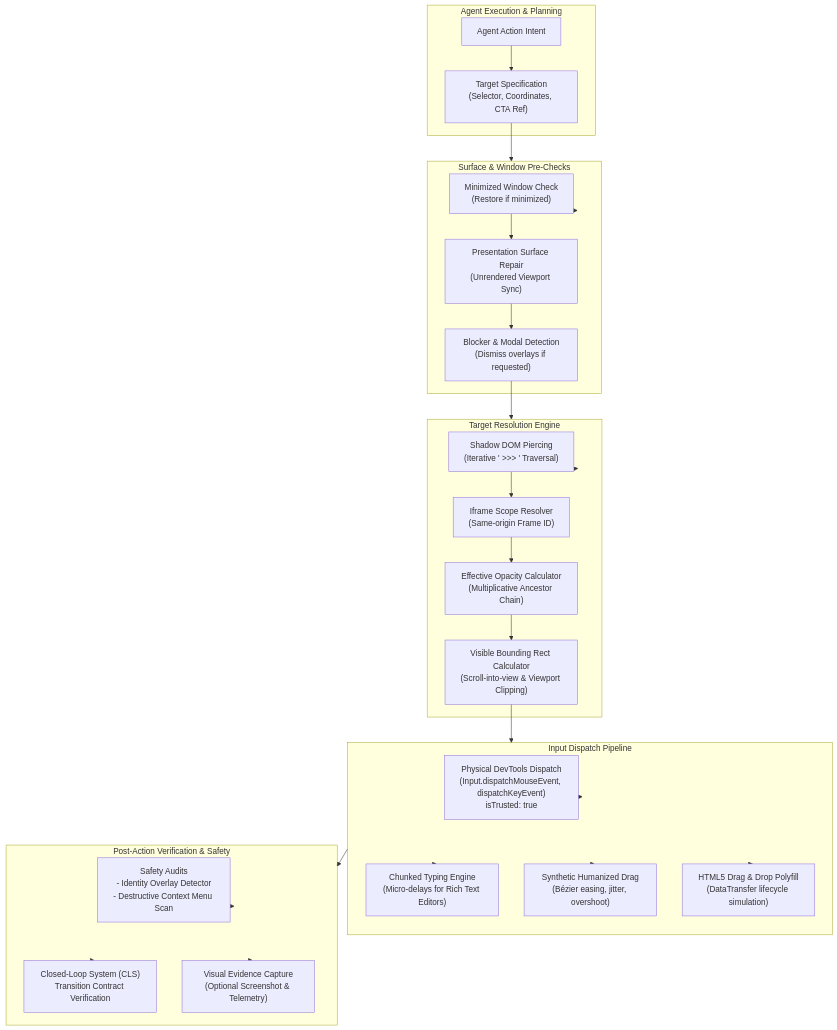
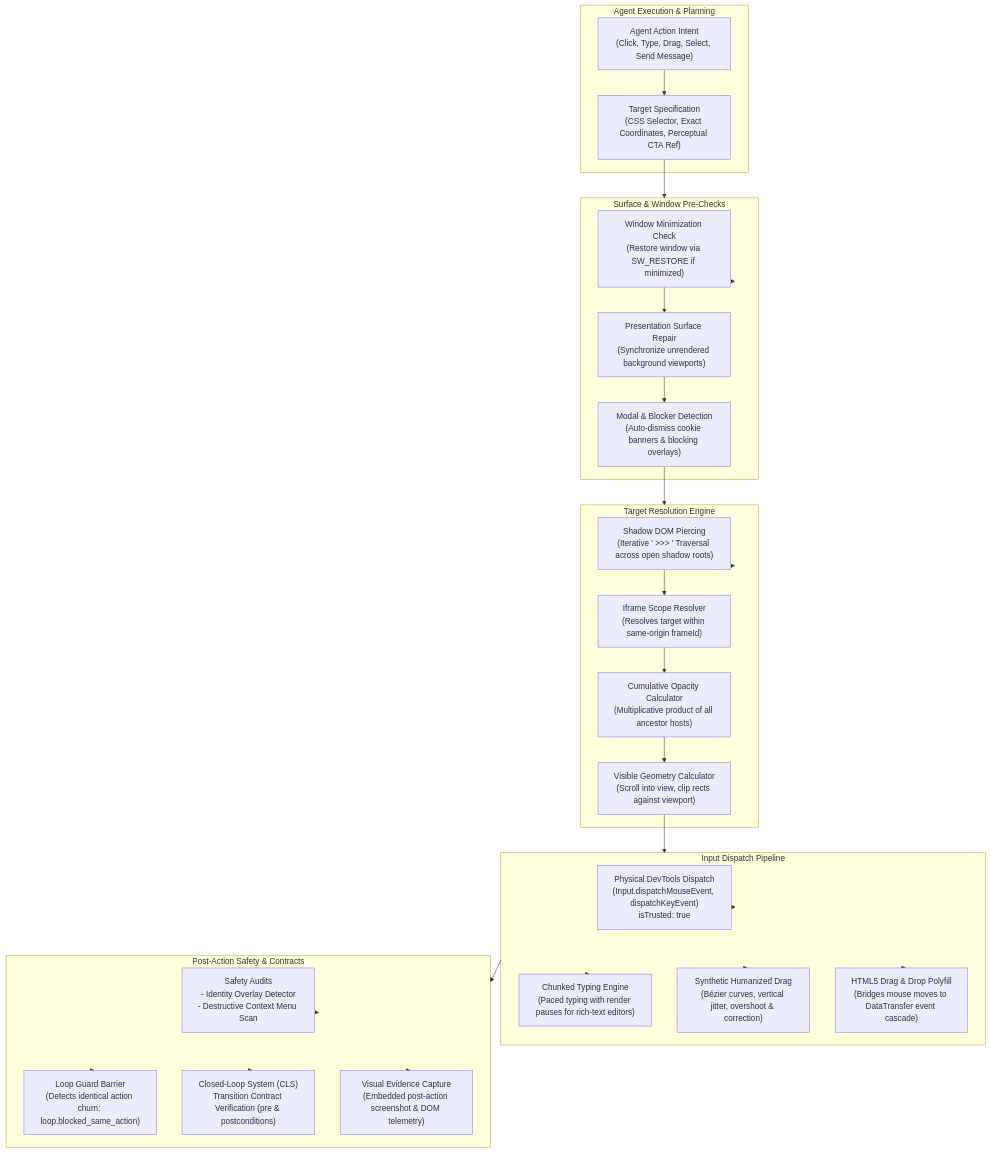
One commit to joelaniol/nova changed the first of 4 diagrams in docs/core-features/browser-interaction/README.md. Above: the diagram before and after it, drawn with Mermaid. The commit also changed other lines of this file and 6 other files, not shown here.

Commit message:
docs(browser-interaction): expand architectural reference with input dispatch, drag polyfill, and guarded macros

````diff
--- a/docs/core-features/browser-interaction/README.md
+++ b/docs/core-features/browser-interaction/README.md
@@ -7,51 +16,53 @@
 ```mermaid
 flowchart TD
     subgraph AgentLayer["Agent Execution & Planning"]
-        AgentIntent["Agent Action Intent"]
-        TargetSpec["Target Specification\n(Selector, Coordinates, CTA Ref)"]
+        AgentIntent["Agent Action Intent\n(Click, Type, Drag, Select, Send Message)"]
+        TargetSpec["Target Specification\n(CSS Selector, Exact Coordinates, Perceptual CTA Ref)"]
     end
 
     subgraph SurfaceGate["Surface & Window Pre-Checks"]
-        MinCheck["Minimized Window Check\n(Restore if minimized)"]
-        SurfaceRepair["Presentation Surface Repair\n(Unrendered Viewport Sync)"]
-        BlockerCheck["Blocker & Modal Detection\n(Dismiss overlays if requested)"]
+        MinCheck["Window Minimization Check\n(Restore window via SW_RESTORE if minimized)"]
+        SurfaceRepair["Presentation Surface Repair\n(Synchronize unrendered background viewports)"]
+        BlockerCheck["Modal & Blocker Detection\n(Auto-dismiss cookie banners & blocking overlays)"]
     end
 
     subgraph ResolutionLayer["Target Resolution Engine"]
-        ShadowPiercer["Shadow DOM Piercing\n(Iterative ' >>> ' Traversal)"]
-        FrameResolver["Iframe Scope Resolver\n(Same-origin Frame ID)"]
-        OpacityFilter["Effective Opacity Calculator\n(Multiplicative Ancestor Chain)"]
-        GeometryCalc["Visible Bounding Rect Calculator\n(Scroll-into-view & Viewport Clipping)"]
+        ShadowPiercer["Shadow DOM Piercing\n(Iterative ' >>> ' Traversal across open shadow roots)"]
+        FrameResolver["Iframe Scope Resolver\n(Resolves target within same-origin frameId)"]
+        OpacityFilter["Cumulative Opacity Calculator\n(Multiplicative product of all ancestor hosts)"]
+        GeometryCalc["Visible Geometry Calculator\n(Scroll into view, clip rects against viewport)"]
     end
 
     subgraph DispatchPipeline["Input Dispatch Pipeline"]
         CDPDispatch["Physical DevTools Dispatch\n(Input.dispatchMouseEvent, dispatchKeyEvent)\nisTrusted: true"]
-        ChunkedTyping["Chunked Typing Engine\n(Micro-delays for Rich Text Editors)"]
-        HumanizedDrag["Synthetic Humanized Drag\n(Bézier easing, jitter, overshoot)"]
-        HTML5Polyfill["HTML5 Drag & Drop Polyfill\n(DataTransfer lifecycle simulation)"]
+        ChunkedTyping["Chunked Typing Engine\n(Paced typing with render pauses for rich-text editors)"]
+        HumanizedDrag["Synthetic Humanized Drag\n(Bézier curves, vertical jitter, overshoot & correction)"]
+        HTML5Polyfill["HTML5 Drag & Drop Polyfill\n(Bridges mouse moves to DataTransfer event cascade)"]
     end
 
-    subgraph PostActionGate["Post-Action Verification & Safety"]
+    subgraph PostActionGate["Post-Action Safety & Contracts"]
         SafetyScans["Safety Audits\n- Identity Overlay Detector\n- Destructive Context Menu Scan"]
-        CLSContract["Closed-Loop System (CLS)\nTransition Contract Verification"]
-        EVMVisual["Visual Evidence Capture\n(Optional Screenshot & Telemetry)"]
+        LoopGuard["Loop Guard Barrier\n(Detects identical action churn: loop.blocked_same_action)"]
+        CLSContract["Closed-Loop System (CLS)\nTransition Contract Verification (pre & postconditions)"]
+        EVMVisual["Visual Evidence Capture\n(Embedded post-action screenshot & DOM telemetry)"]
     end
 
     AgentIntent --> TargetSpec
     TargetSpec --> SurfaceGate
     SurfaceGate --> MinCheck --> SurfaceRepair --> BlockerCheck
     BlockerCheck --> ResolutionLayer
 
     ResolutionLayer --> ShadowPiercer --> FrameResolver --> OpacityFilter --> GeometryCalc
     GeometryCalc --> DispatchPipeline
 
     DispatchPipeline --> CDPDispatch
     DispatchPipeline --> ChunkedTyping
     DispatchPipeline --> HumanizedDrag
     DispatchPipeline --> HTML5Polyfill
 
     DispatchPipeline --> PostActionGate
     PostActionGate --> SafetyScans
+    PostActionGate --> LoopGuard
     PostActionGate --> CLSContract
     PostActionGate --> EVMVisual
 ```
````
